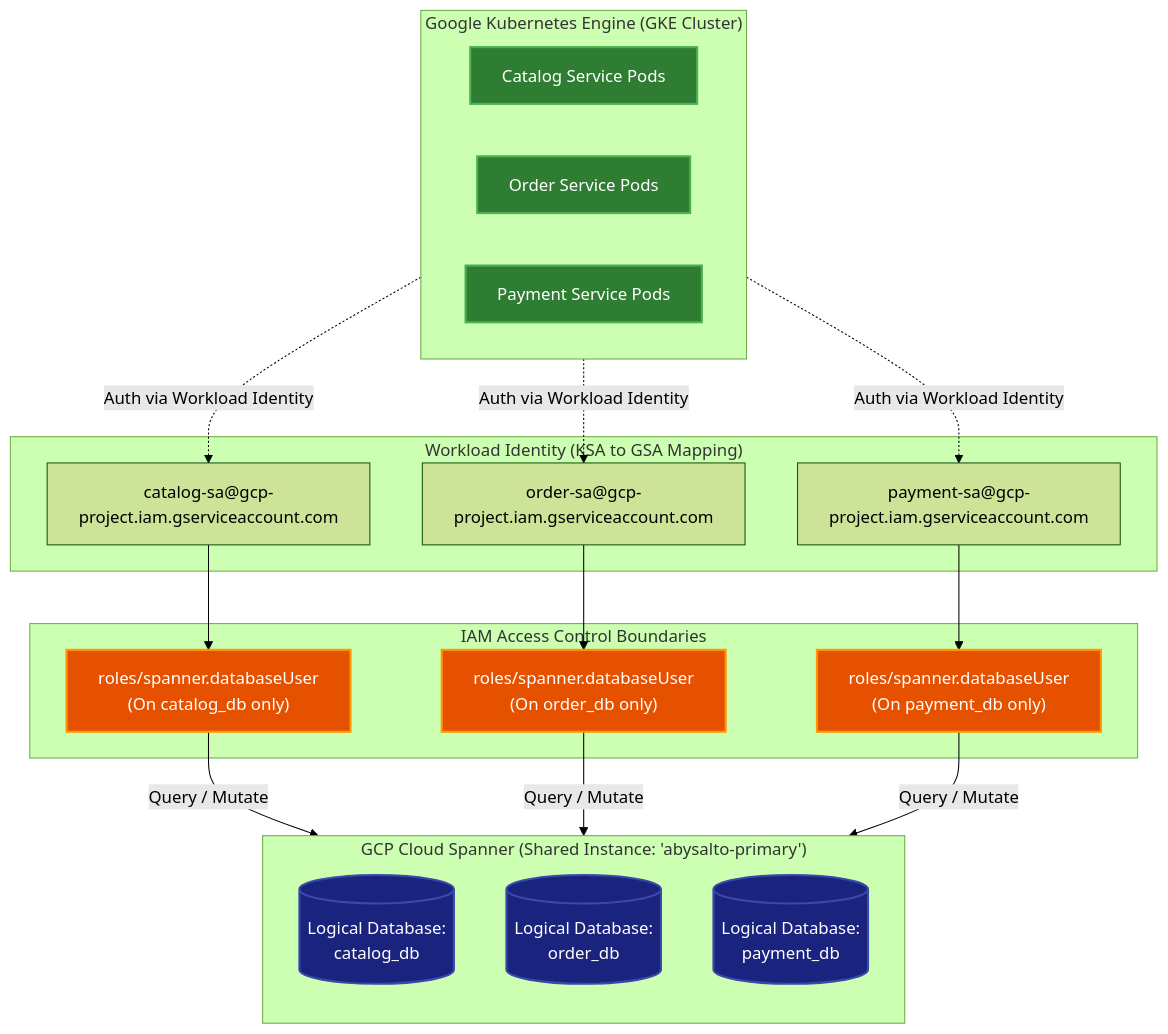
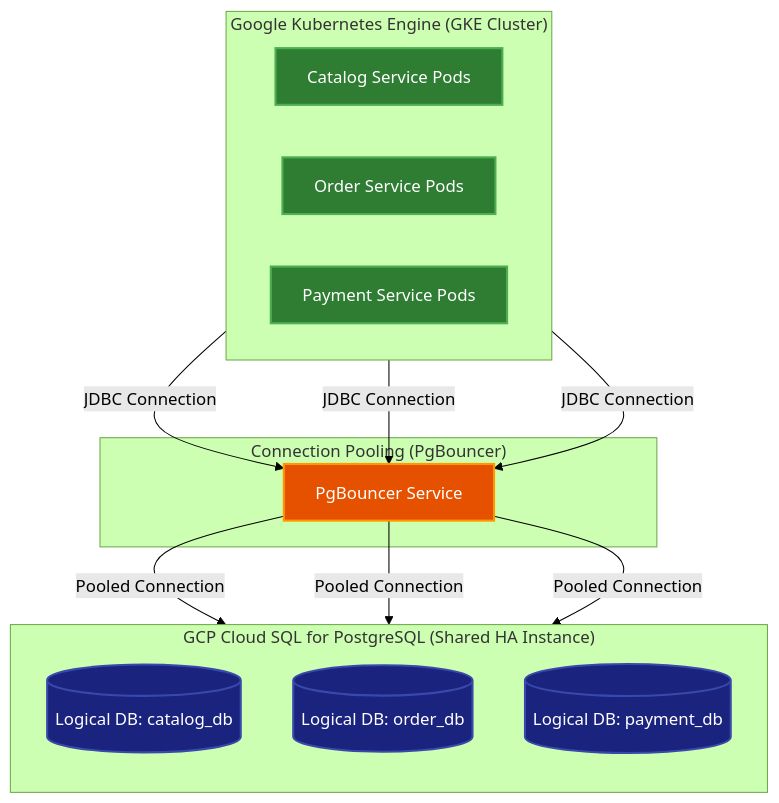
Before and after one commit to drapic88/abysalto-webshop: the first of 2 diagrams in doc/database_strategy.md, drawn with Mermaid (forest theme). The commit also changed other lines of this file and 7 other files, not shown here.

Commit message:
Replace Cloud Spanner with PostgreSQL

````diff
--- a/doc/database_strategy.md
+++ b/doc/database_strategy.md
@@ -11,51 +11,38 @@
 ```mermaid
 graph TD
     %% Compute Layer
     subgraph GKE ["Google Kubernetes Engine (GKE Cluster)"]
         direction LR
         CatSvc["Catalog Service Pods"]
         OrdSvc["Order Service Pods"]
         PaySvc["Payment Service Pods"]
     end
 
-    %% GKE Workload Identity
-    subgraph Identities ["Workload Identity (KSA to GSA Mapping)"]
-        CatGSA["catalog-sa@gcp-project.iam.gserviceaccount.com"]
-        OrdGSA["order-sa@gcp-project.iam.gserviceaccount.com"]
-        PayGSA["payment-sa@gcp-project.iam.gserviceaccount.com"]
+    %% Connection Pooling Layer
+    subgraph Pooling ["Connection Pooling (PgBouncer)"]
+        PgB["PgBouncer Service"]
     end
 
-    CatSvc -.->|Auth via Workload Identity| CatGSA
-    OrdSvc -.->|Auth via Workload Identity| OrdGSA
-    PaySvc -.->|Auth via Workload Identity| PayGSA
+    CatSvc -->|JDBC Connection| PgB
+    OrdSvc -->|JDBC Connection| PgB
+    PaySvc -->|JDBC Connection| PgB
 
-    %% IAM Permissions
-    subgraph IAM ["IAM Access Control Boundaries"]
-        CatPerm["roles/spanner.databaseUser<br>(On catalog_db only)"]
-        OrdPerm["roles/spanner.databaseUser<br>(On order_db only)"]
-        PayPerm["roles/spanner.databaseUser<br>(On payment_db only)"]
+    %% Database Instance
+    subgraph CloudSQL ["GCP Cloud SQL for PostgreSQL (Shared HA Instance)"]
+        direction TB
+        CatDB[("Logical DB: catalog_db")]
+        OrdDB[("Logical DB: order_db")]
+        PayDB[("Logical DB: payment_db")]
     end
 
-    CatGSA --> CatPerm
-    OrdGSA --> OrdPerm
-    PayGSA --> PayPerm
-
-    %% Spanner Instance
-    subgraph SpannerInstance ["GCP Cloud Spanner (Shared Instance: 'abysalto-primary')"]
-        direction TB
-        CatDB[("Logical Database:<br>catalog_db")]
-        OrdDB[("Logical Database:<br>order_db")]
-        PayDB[("Logical Database:<br>payment_db")]
-    end
-
-    CatPerm -->|Query / Mutate| CatDB
-    OrdPerm -->|Query / Mutate| OrdDB
-    PayPerm -->|Query / Mutate| PayDB
+    PgB -->|Pooled Connection| CatDB
+    PgB -->|Pooled Connection| OrdDB
+    PgB -->|Pooled Connection| PayDB
 
     classDef database fill:#1a237e,stroke:#3949ab,stroke-width:2px,color:#fff;
     classDef svc fill:#2e7d32,stroke:#4caf50,stroke-width:2px,color:#fff;
-    classDef iam fill:#e65100,stroke:#ff9800,stroke-width:2px,color:#fff;
+    classDef pooling fill:#e65100,stroke:#ff9800,stroke-width:2px,color:#fff;
     class CatDB,OrdDB,PayDB database;
     class CatSvc,OrdSvc,PaySvc svc;
-    class CatPerm,OrdPerm,PayPerm iam;
+    class PgB pooling;
 ```
````
